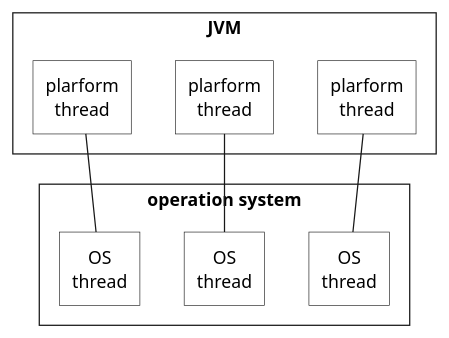
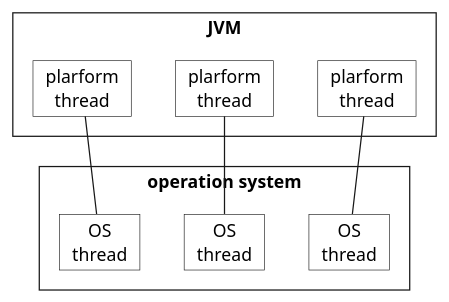
One commit to ti-cortex-m4/demo-java-virtual-threads2 changed the diagram in images/platform_threads.puml. Above: the diagram before and after it, drawn with PlantUML. The commit also changed 1 other file, not shown here.

```diff
--- a/images/platform_threads.puml
+++ b/images/platform_threads.puml
@@ -1,27 +1,27 @@
 @startuml
 
 skinparam {
     defaultTextAlignment center
     roundCorner 0
     CardBackgroundColor transparent
     RectangleBackgroundColor transparent
     RectangleFontName Source Sans Pro
 }
 
 rectangle JVM {
-  rectangle "plarform\nthread" as PlatformThread1
-  rectangle "plarform\nthread" as PlatformThread2
-  rectangle "plarform\nthread" as PlatformThread3
+  card "plarform\nthread" as PlatformThread1
+  card "plarform\nthread" as PlatformThread2
+  card "plarform\nthread" as PlatformThread3
 }
 
 rectangle "operation system" {
-  rectangle "OS\nthread" as OsThread1
-  rectangle "OS\nthread" as OsThread2
-  rectangle "OS\nthread" as OsThread3
+  card "OS\nthread" as OsThread1
+  card "OS\nthread" as OsThread2
+  card "OS\nthread" as OsThread3
 }
 
 OsThread1 -up- PlatformThread1
 OsThread2 -up- PlatformThread2
 OsThread3 -up- PlatformThread3
 
 @enduml
```
